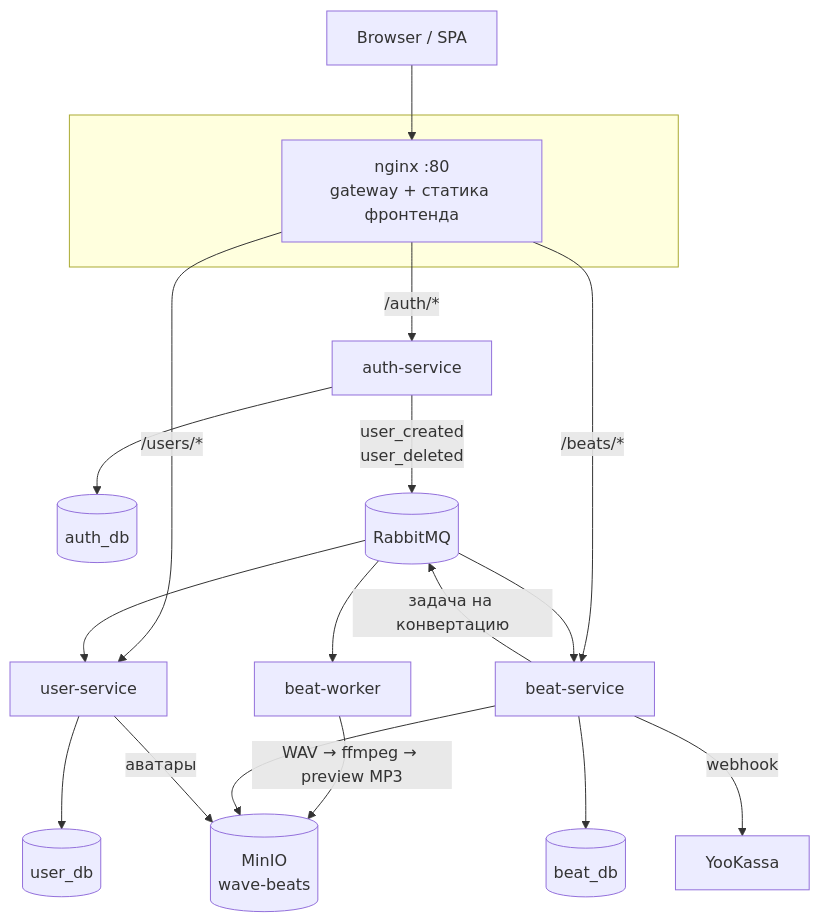
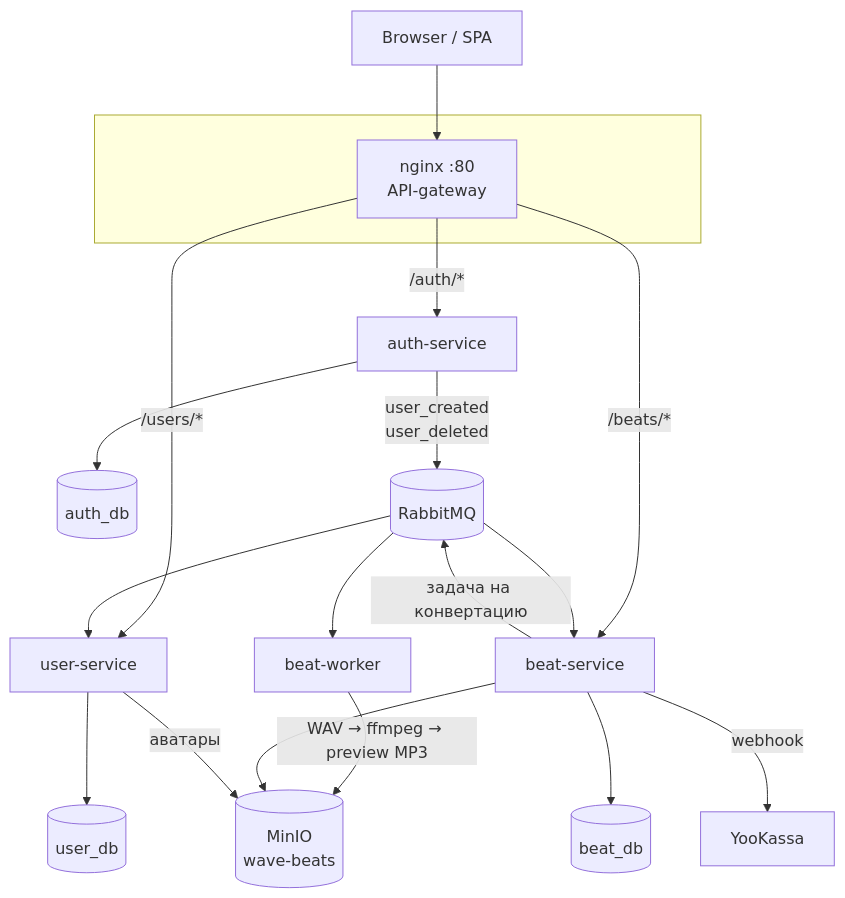
One commit to okorokoo/wave-public changed the first of 4 diagrams in docs/architecture.md. Above: the diagram before and after it, drawn with Mermaid. The commit also changed 6 other files, not shown here.

````diff
--- a/docs/architecture.md
+++ b/docs/architecture.md
@@ -13,30 +13,30 @@
 ```mermaid
 graph TB
     Client[Browser / SPA]
 
     subgraph gateway [" "]
-        Nginx["nginx :80<br/>gateway + статика фронтенда"]
+        Nginx["nginx :80<br/>API-gateway"]
     end
 
     Client --> Nginx
 
     Nginx -->|"/auth/*"| Auth[auth-service]
     Nginx -->|"/users/*"| User[user-service]
     Nginx -->|"/beats/*"| Beat[beat-service]
 
     Auth --> AuthDB[(auth_db)]
     User --> UserDB[(user_db)]
     Beat --> BeatDB[(beat_db)]
 
     Auth -->|"user_created<br/>user_deleted"| MQ[(RabbitMQ)]
     MQ --> User
     MQ --> Beat
 
     Beat -->|"задача на конвертацию"| MQ
     MQ --> Worker[beat-worker]
     Worker -->|"WAV → ffmpeg → preview MP3"| S3[(MinIO<br/>wave-beats)]
     Beat --> S3
     User -->|"аватары"| S3
 
     Beat -->|"webhook"| YooKassa[YooKassa]
 ```
````
